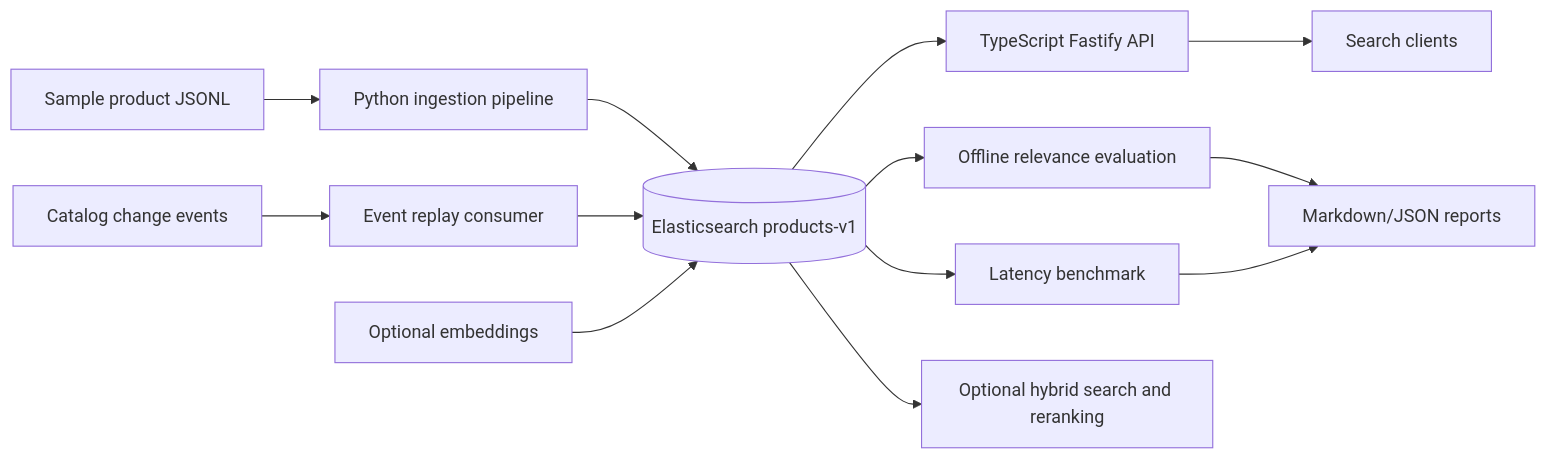
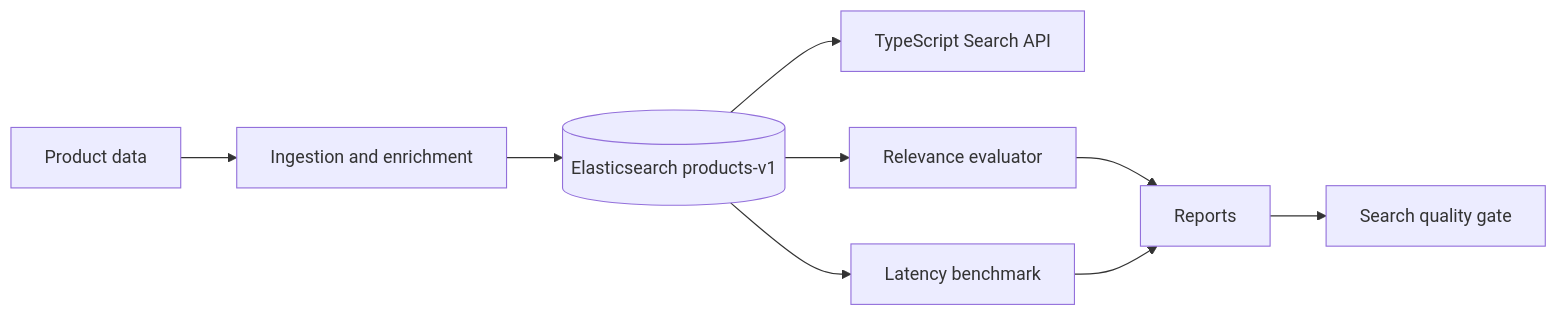
The diagram in README.md (esterkane/elastic-product-search-lab), drawn with Mermaid before and after one commit. The commit also changed other lines of this file, not shown here.

Commit message:
Polish README for search engineering review

````diff
--- a/README.md
+++ b/README.md
@@ -13,15 +22,11 @@
 ```mermaid
 flowchart LR
-    A[Sample product JSONL] --> B[Python ingestion pipeline]
-    C[Catalog change events] --> D[Event replay consumer]
-    B --> E[(Elasticsearch products-v1)]
-    D --> E
-    E --> F[TypeScript Fastify API]
-    F --> G[Search clients]
-    E --> H[Offline relevance evaluation]
-    E --> I[Latency benchmark]
-    J[Optional embeddings] --> E
-    E --> K[Optional hybrid search and reranking]
-    H --> L[Markdown/JSON reports]
-    I --> L
+    A[Product data] --> B[Ingestion and enrichment]
+    B --> C[(Elasticsearch products-v1)]
+    C --> D[TypeScript Search API]
+    C --> E[Relevance evaluator]
+    C --> F[Latency benchmark]
+    E --> G[Reports]
+    F --> G
+    G --> H[Search quality gate]
 ```
````
